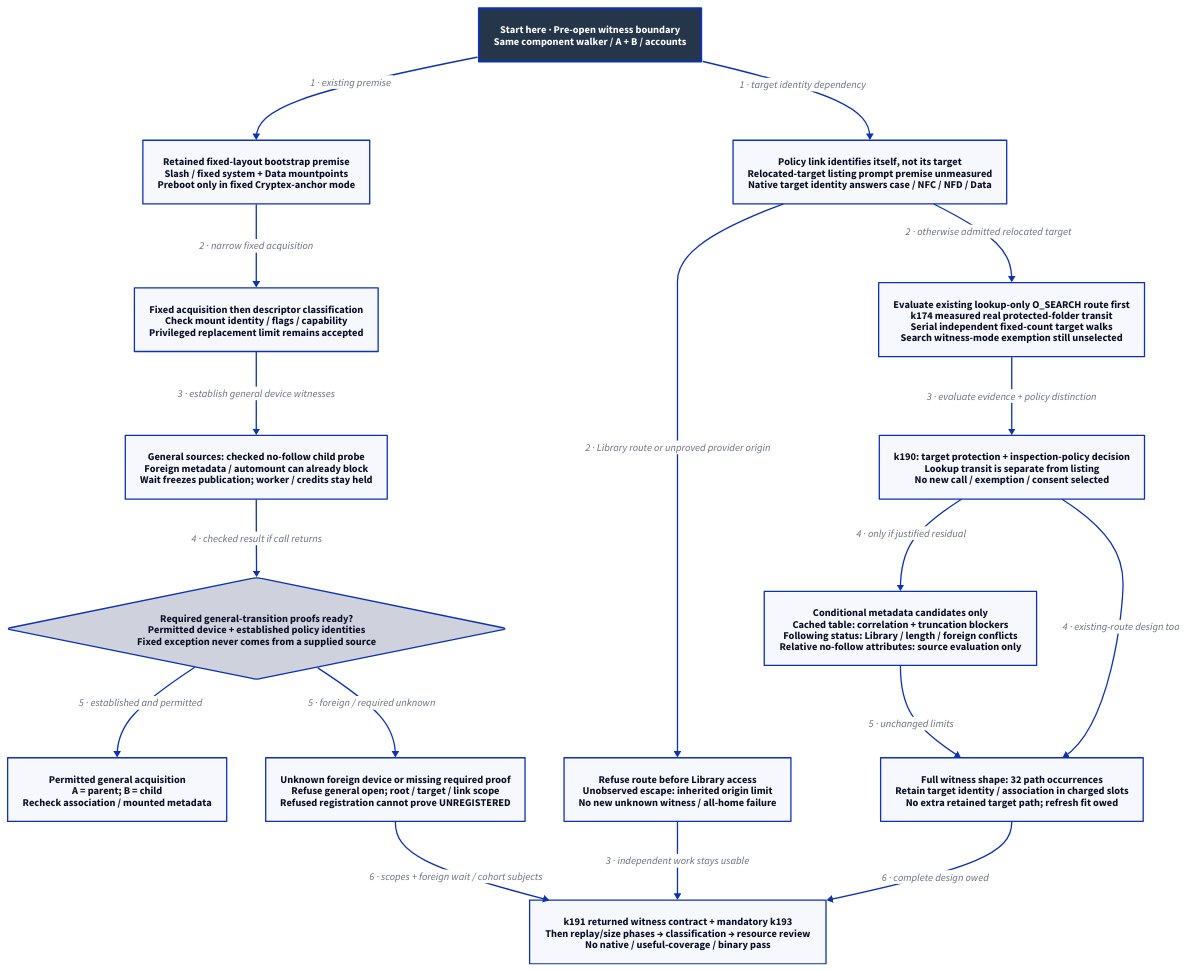
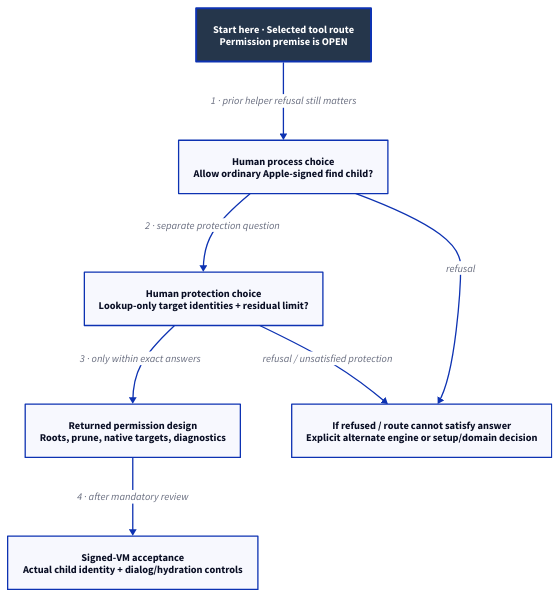
One commit to Linkuistics/Koine changed the diagram in docs/design/architecture/search-preopen.d2. Above: the diagram before and after it, drawn with D2. The commit also changed 142 other files, not shown here.

Commit message:
Design tool-backed application and file search (search-tooling-k195)

```diff
--- a/docs/design/architecture/search-preopen.d2
+++ b/docs/design/architecture/search-preopen.d2
@@ -1,35 +1,17 @@
-# Reconciled boundary; target inspection decision and returned algorithm pending.
+# Selected mechanism, subject to human choices/review/native acceptance.
 direction: down
 classes: {
   start: {style: {fill: "#25364B"; font-color: "#FFFFFF"; bold: true; stroke-width: 3}}
 }
-Start: "Start here · Pre-open witness boundary\nSame component walker / A + B / accounts" {class: start}
-Fixed: "Retained fixed-layout bootstrap premise\nSlash / fixed system + Data mountpoints\nPreboot only in fixed Cryptex-anchor mode"
-Classify: "Fixed acquisition then descriptor classification\nCheck mount identity / flags / capability\nPrivileged replacement limit remains accepted"
-Probe: "General sources: checked no-follow child probe\nForeign metadata / automount can already block\nWait freezes publication; worker / credits stay held"
-Proof: "Required general-transition proofs ready?\nPermitted device + established policy identities\nFixed exception never comes from a supplied source" {shape: diamond}
-Open: "Permitted general acquisition\nA = parent; B = child\nRecheck association / mounted metadata"
-Stop: "Unknown foreign device or missing required proof\nRefuse general open; root / target / link scope\nRefused registration cannot prove UNREGISTERED"
-Policy: "Policy link identifies itself, not its target\nRelocated-target listing prompt premise unmeasured\nNative target identity answers case / NFC / NFD / Data"
-Library: "Refuse route before Library access\nUnobserved escape: inherited origin limit\nNo new unknown witness / all-home failure"
-Lookup: "Evaluate existing lookup-only O_SEARCH route first\nk174 measured real protected-folder transit\nSerial independent fixed-count target walks\nSearch witness-mode exemption still unselected"
-Decision: "k190: target protection + inspection-policy decision\nLookup transit is separate from listing\nNo new call / exemption / consent selected"
-Alternative: "Conditional metadata candidates only\nCached table: correlation + truncation blockers\nFollowing status: Library / length / foreign conflicts\nRelative no-follow attributes: source evaluation only"
-Accounts: "Full witness shape: 32 path occurrences\nRetain target identity / association in charged slots\nNo extra retained target path; refresh fit owed"
-Return: "k191 returned witness contract + mandatory k193\nThen replay/size phases → classification → resource review\nNo native / useful-coverage / binary pass"
-Start -> Fixed: "1 · existing premise"
-Fixed -> Classify: "2 · narrow fixed acquisition"
-Classify -> Probe: "3 · establish general device witnesses"
-Probe -> Proof: "4 · checked result if call returns"
-Proof -> Open: "5 · established and permitted"
-Proof -> Stop: "5 · foreign / required unknown"
-Start -> Policy: "1 · target identity dependency"
-Policy -> Library: "2 · Library route or unproved provider origin"
-Policy -> Lookup: "2 · otherwise admitted relocated target"
-Lookup -> Decision: "3 · evaluate evidence + policy distinction"
-Decision -> Alternative: "4 · only if justified residual"
-Decision -> Accounts: "4 · existing-route design too"
-Alternative -> Accounts: "5 · unchanged limits"
-Accounts -> Return: "6 · complete design owed"
-Library -> Return: "3 · independent work stays usable"
-Stop -> Return: "6 · scopes + foreign wait / cohort subjects"
+Start: "Start here · Selected tool route\nPermission premise is OPEN" {class: start}
+Process: "Human process choice\nAllow ordinary Apple-signed find child?"
+Target: "Human protection choice\nLookup-only target identities + residual limit?"
+Return: "Returned permission design\nRoots, prune, native targets, diagnostics"
+Observe: "Signed-VM acceptance\nActual child identity + dialog/hydration controls"
+Revise: "If refused / route cannot satisfy answer\nExplicit alternate engine or setup/domain decision"
+Start -> Process: "1 · prior helper refusal still matters"
+Process -> Target: "2 · separate protection question"
+Target -> Return: "3 · only within exact answers"
+Process -> Revise: "refusal"
+Target -> Revise: "refusal / unsatisfied protection"
+Return -> Observe: "4 · after mandatory review"
```
